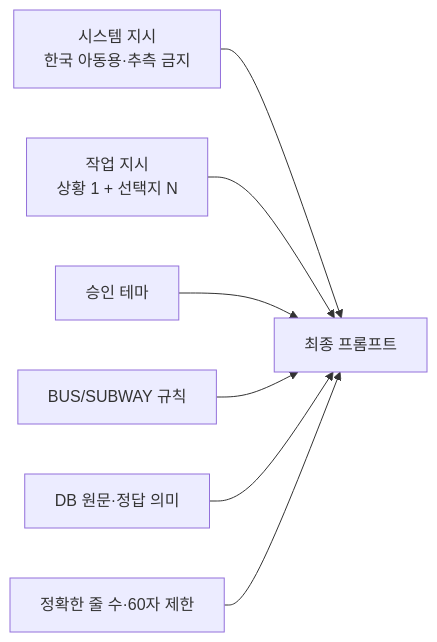
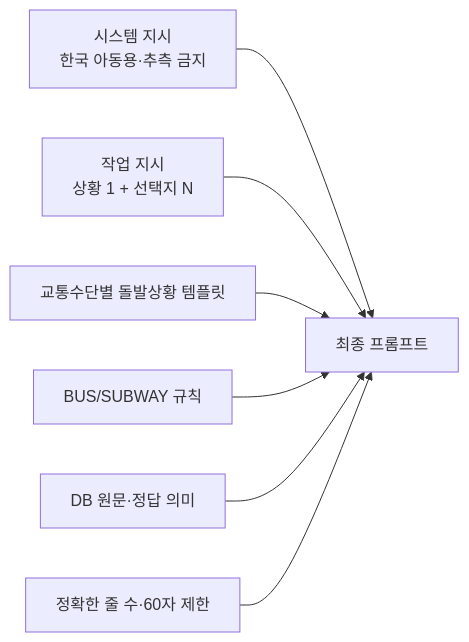
One commit to thisisdibellob/Oneuldo changed the seventh of 11 diagrams in docs/ai/ai-system.md. Above: the diagram before and after it, drawn with Mermaid. The commit also changed other lines of this file and 24 other files, not shown here.

````diff
--- a/docs/ai/ai-system.md
+++ b/docs/ai/ai-system.md
@@ -223,15 +314,15 @@
 ```mermaid
 flowchart LR
     SYSTEM[시스템 지시<br/>한국 아동용·추측 금지]
     TASK[작업 지시<br/>상황 1 + 선택지 N]
-    THEME[승인 테마]
+    INCIDENT[교통수단별 돌발상황 템플릿]
     FACT[BUS/SUBWAY 규칙]
     SOURCE[DB 원문·정답 의미]
     FORMAT[정확한 줄 수·60자 제한]
     SYSTEM --> PROMPT[최종 프롬프트]
     TASK --> PROMPT
-    THEME --> PROMPT
+    INCIDENT --> PROMPT
     FACT --> PROMPT
     SOURCE --> PROMPT
     FORMAT --> PROMPT
 ```
````
